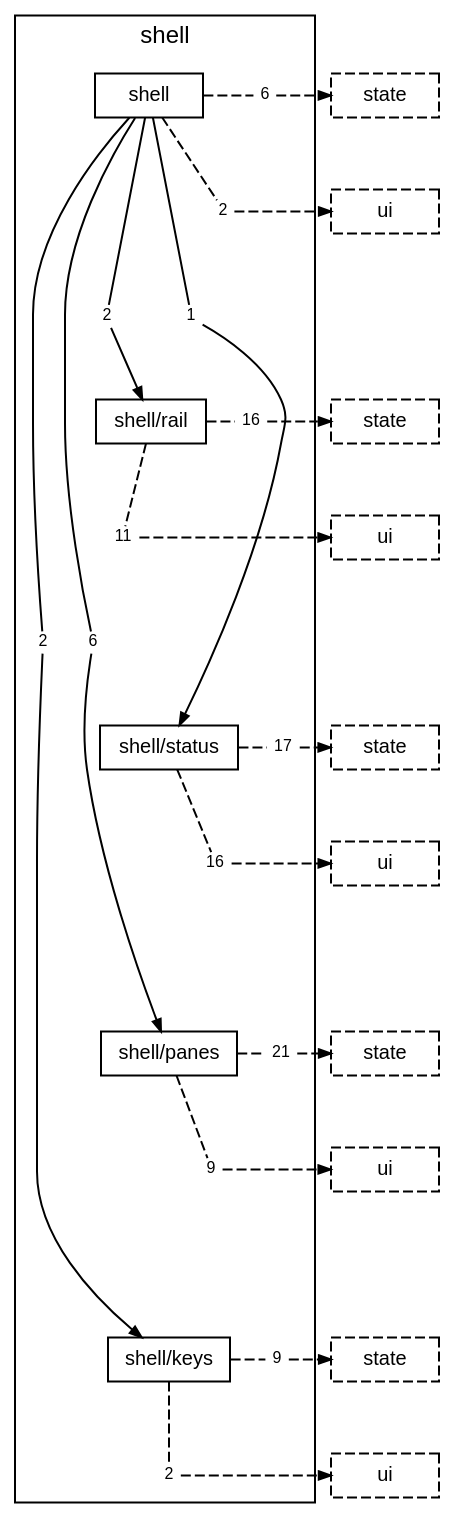
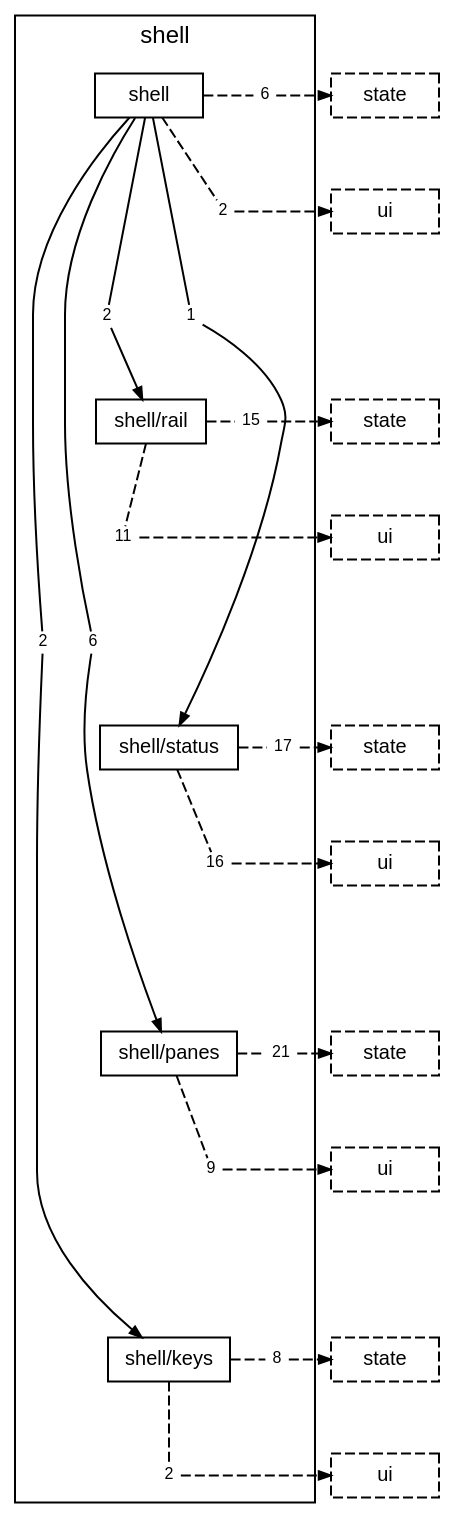
The diagram in docs/diagrams/layer-shell.dot (TheAxeC/oculus), drawn with Graphviz before and after one commit. The commit also changed 58 other files, not shown here.

```diff
--- a/docs/diagrams/layer-shell.dot
+++ b/docs/diagrams/layer-shell.dot
@@ -1,79 +1,79 @@
 digraph layer_shell {
     graph [bgcolor="transparent", rankdir=TB, newrank=true, fontname="Helvetica,Arial,sans-serif", fontsize=12, nodesep=0.2, ranksep=0.5];
     node [shape=box, color="black", fontcolor="black", fontname="Helvetica,Arial,sans-serif", fontsize=10, height=0.3, margin="0.12,0.04"];
     edge [color="black", fontcolor="black", fontname="Helvetica,Arial,sans-serif", fontsize=8, arrowsize=0.6];
     subgraph "cluster_shell" {
         label="shell"; style=solid;
         "folder shell" [label="shell"];
         "folder shell/rail" [label="shell/rail"];
         "folder shell/status" [label="shell/status"];
         "folder shell/panes" [label="shell/panes"];
         "folder shell/keys" [label="shell/keys"];
         "folder shell to folder shell/keys" [label="2", shape=box, color="transparent", fontsize=8, width=0, height=0, margin="0.04,0.02"];
         "folder shell to folder shell/panes" [label="6", shape=box, color="transparent", fontsize=8, width=0, height=0, margin="0.04,0.02"];
         "folder shell to folder shell/rail" [label="2", shape=box, color="transparent", fontsize=8, width=0, height=0, margin="0.04,0.02"];
         "folder shell to folder shell/status" [label="1", shape=box, color="transparent", fontsize=8, width=0, height=0, margin="0.04,0.02"];
         "folder shell to layer state" [label="6", shape=box, color="transparent", fontsize=8, width=0, height=0, margin="0.04,0.02"];
         "folder shell to layer ui" [label="2", shape=box, color="transparent", fontsize=8, width=0, height=0, margin="0.04,0.02"];
-        "folder shell/rail to layer state" [label="16", shape=box, color="transparent", fontsize=8, width=0, height=0, margin="0.04,0.02"];
+        "folder shell/rail to layer state" [label="15", shape=box, color="transparent", fontsize=8, width=0, height=0, margin="0.04,0.02"];
         "folder shell/rail to layer ui" [label="11", shape=box, color="transparent", fontsize=8, width=0, height=0, margin="0.04,0.02"];
         "folder shell/status to layer state" [label="17", shape=box, color="transparent", fontsize=8, width=0, height=0, margin="0.04,0.02"];
         "folder shell/status to layer ui" [label="16", shape=box, color="transparent", fontsize=8, width=0, height=0, margin="0.04,0.02"];
         "folder shell/panes to layer state" [label="21", shape=box, color="transparent", fontsize=8, width=0, height=0, margin="0.04,0.02"];
         "folder shell/panes to layer ui" [label="9", shape=box, color="transparent", fontsize=8, width=0, height=0, margin="0.04,0.02"];
-        "folder shell/keys to layer state" [label="9", shape=box, color="transparent", fontsize=8, width=0, height=0, margin="0.04,0.02"];
+        "folder shell/keys to layer state" [label="8", shape=box, color="transparent", fontsize=8, width=0, height=0, margin="0.04,0.02"];
         "folder shell/keys to layer ui" [label="2", shape=box, color="transparent", fontsize=8, width=0, height=0, margin="0.04,0.02"];
     }
     "layer state from folder shell" [label="state", style=dashed];
     "layer ui from folder shell" [label="ui", style=dashed];
     "layer state from folder shell/rail" [label="state", style=dashed];
     "layer ui from folder shell/rail" [label="ui", style=dashed];
     "layer state from folder shell/status" [label="state", style=dashed];
     "layer ui from folder shell/status" [label="ui", style=dashed];
     "layer state from folder shell/panes" [label="state", style=dashed];
     "layer ui from folder shell/panes" [label="ui", style=dashed];
     "layer state from folder shell/keys" [label="state", style=dashed];
     "layer ui from folder shell/keys" [label="ui", style=dashed];
     "folder shell" -> "folder shell/rail" [style=invis, weight=10, minlen=3];
     "folder shell/rail" -> "folder shell/status" [style=invis, weight=10, minlen=3];
     "folder shell/status" -> "folder shell/panes" [style=invis, weight=10, minlen=3];
     "folder shell/panes" -> "folder shell/keys" [style=invis, weight=10, minlen=3];
     "folder shell" -> "folder shell to folder shell/keys" [arrowhead=none, minlen=5, weight=10];
     "folder shell to folder shell/keys" -> "folder shell/keys" [];
     "folder shell" -> "folder shell to folder shell/panes" [arrowhead=none, minlen=5, weight=10];
     "folder shell to folder shell/panes" -> "folder shell/panes" [];
     "folder shell" -> "folder shell to folder shell/rail" [arrowhead=none, minlen=2, weight=10];
     "folder shell to folder shell/rail" -> "folder shell/rail" [];
     "folder shell" -> "folder shell to folder shell/status" [arrowhead=none, minlen=2, weight=10];
     "folder shell to folder shell/status" -> "folder shell/status" [];
     "folder shell" -> "folder shell to layer state" [arrowhead=none, style=dashed];
     "folder shell to layer state" -> "layer state from folder shell" [style=dashed];
     { rank=same; "folder shell"; "folder shell to layer state"; "layer state from folder shell"; }
     "folder shell" -> "folder shell to layer ui" [arrowhead=none, style=dashed, minlen=1, weight=10];
     "folder shell to layer ui" -> "layer ui from folder shell" [style=dashed];
     { rank=same; "folder shell to layer ui"; "layer ui from folder shell"; }
     "folder shell/rail" -> "folder shell/rail to layer state" [arrowhead=none, style=dashed];
     "folder shell/rail to layer state" -> "layer state from folder shell/rail" [style=dashed];
     { rank=same; "folder shell/rail"; "folder shell/rail to layer state"; "layer state from folder shell/rail"; }
     "folder shell/rail" -> "folder shell/rail to layer ui" [arrowhead=none, style=dashed, minlen=1, weight=10];
     "folder shell/rail to layer ui" -> "layer ui from folder shell/rail" [style=dashed];
     { rank=same; "folder shell/rail to layer ui"; "layer ui from folder shell/rail"; }
     "folder shell/status" -> "folder shell/status to layer state" [arrowhead=none, style=dashed];
     "folder shell/status to layer state" -> "layer state from folder shell/status" [style=dashed];
     { rank=same; "folder shell/status"; "folder shell/status to layer state"; "layer state from folder shell/status"; }
     "folder shell/status" -> "folder shell/status to layer ui" [arrowhead=none, style=dashed, minlen=1, weight=10];
     "folder shell/status to layer ui" -> "layer ui from folder shell/status" [style=dashed];
     { rank=same; "folder shell/status to layer ui"; "layer ui from folder shell/status"; }
     "folder shell/panes" -> "folder shell/panes to layer state" [arrowhead=none, style=dashed];
     "folder shell/panes to layer state" -> "layer state from folder shell/panes" [style=dashed];
     { rank=same; "folder shell/panes"; "folder shell/panes to layer state"; "layer state from folder shell/panes"; }
     "folder shell/panes" -> "folder shell/panes to layer ui" [arrowhead=none, style=dashed, minlen=1, weight=10];
     "folder shell/panes to layer ui" -> "layer ui from folder shell/panes" [style=dashed];
     { rank=same; "folder shell/panes to layer ui"; "layer ui from folder shell/panes"; }
     "folder shell/keys" -> "folder shell/keys to layer state" [arrowhead=none, style=dashed];
     "folder shell/keys to layer state" -> "layer state from folder shell/keys" [style=dashed];
     { rank=same; "folder shell/keys"; "folder shell/keys to layer state"; "layer state from folder shell/keys"; }
     "folder shell/keys" -> "folder shell/keys to layer ui" [arrowhead=none, style=dashed, minlen=1, weight=10];
     "folder shell/keys to layer ui" -> "layer ui from folder shell/keys" [style=dashed];
     { rank=same; "folder shell/keys to layer ui"; "layer ui from folder shell/keys"; }
 }
```
